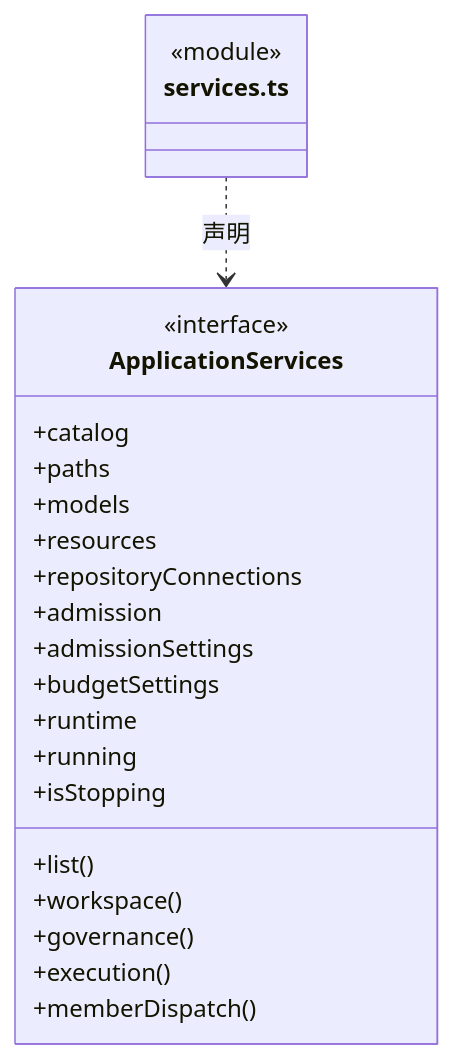
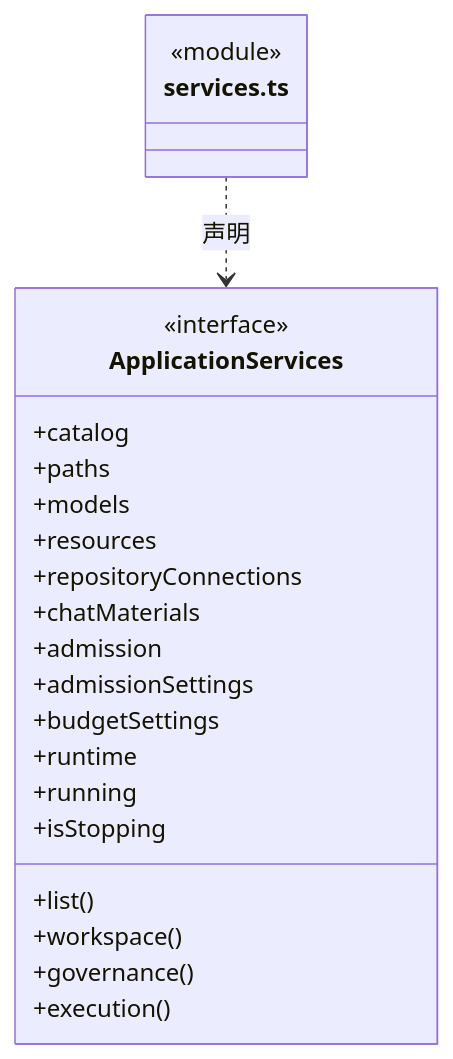
Before and after one commit to nan023062/cbim: the second of 4 diagrams in src/backend/main/ipc/ARCHITECTURE.md, drawn with Mermaid. The commit also changed other lines of this file and 64 other files, not shown here.

````diff
--- a/src/backend/main/ipc/ARCHITECTURE.md
+++ b/src/backend/main/ipc/ARCHITECTURE.md
@@ -34,26 +34,26 @@
 ```mermaid
 classDiagram
 class N_src_backend_main_ipc_services_ts["services.ts"] {
   <<module>>
 }
 class N_src_backend_main_ipc_services_ts_ApplicationServices["ApplicationServices"] {
   <<interface>>
   +catalog
   +paths
   +models
   +resources
   +repositoryConnections
+  +chatMaterials
   +admission
   +admissionSettings
   +budgetSettings
   +runtime
   +running
   +isStopping
   +list()
   +workspace()
   +governance()
   +execution()
-  +memberDispatch()
 }
 N_src_backend_main_ipc_services_ts ..> N_src_backend_main_ipc_services_ts_ApplicationServices : 声明
 ```
````
